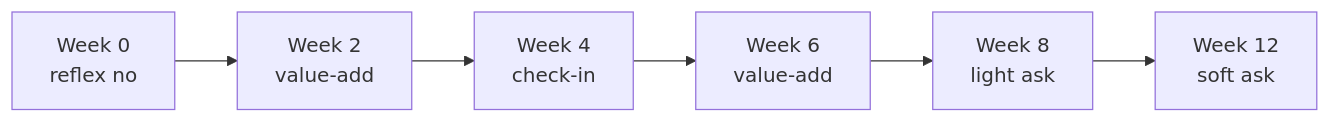
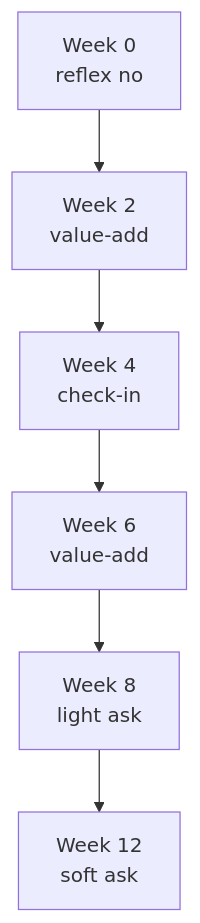
One commit to leotansingapore/aia-product-compass-hub changed the second of 2 diagrams in docs/first-60-days/week-8/day-44.md. Above: the diagram before and after it, drawn with Mermaid. The commit also changed other lines of this file and 56 other files, not shown here.

Commit message:
Readability pass across first-60-days: styled HTML to tables/diagrams, cleaner formatting, no leaked metadata

````diff
--- a/docs/first-60-days/week-8/day-44.md
+++ b/docs/first-60-days/week-8/day-44.md
@@ -255,4 +255,8 @@
 ```mermaid
-flowchart LR
-    W0["Week 0<br/>reflex no"] --> W2["Week 2<br/>value-add"] --> W4["Week 4<br/>check-in"] --> W6["Week 6<br/>value-add"] --> W8["Week 8<br/>light ask"] --> W12["Week 12<br/>soft ask"]
+flowchart TD
+    W0["Week 0<br/>reflex no"] --> W2["Week 2<br/>value-add"]
+    W2 --> W4["Week 4<br/>check-in"]
+    W4 --> W6["Week 6<br/>value-add"]
+    W6 --> W8["Week 8<br/>light ask"]
+    W8 --> W12["Week 12<br/>soft ask"]
 ```
````
